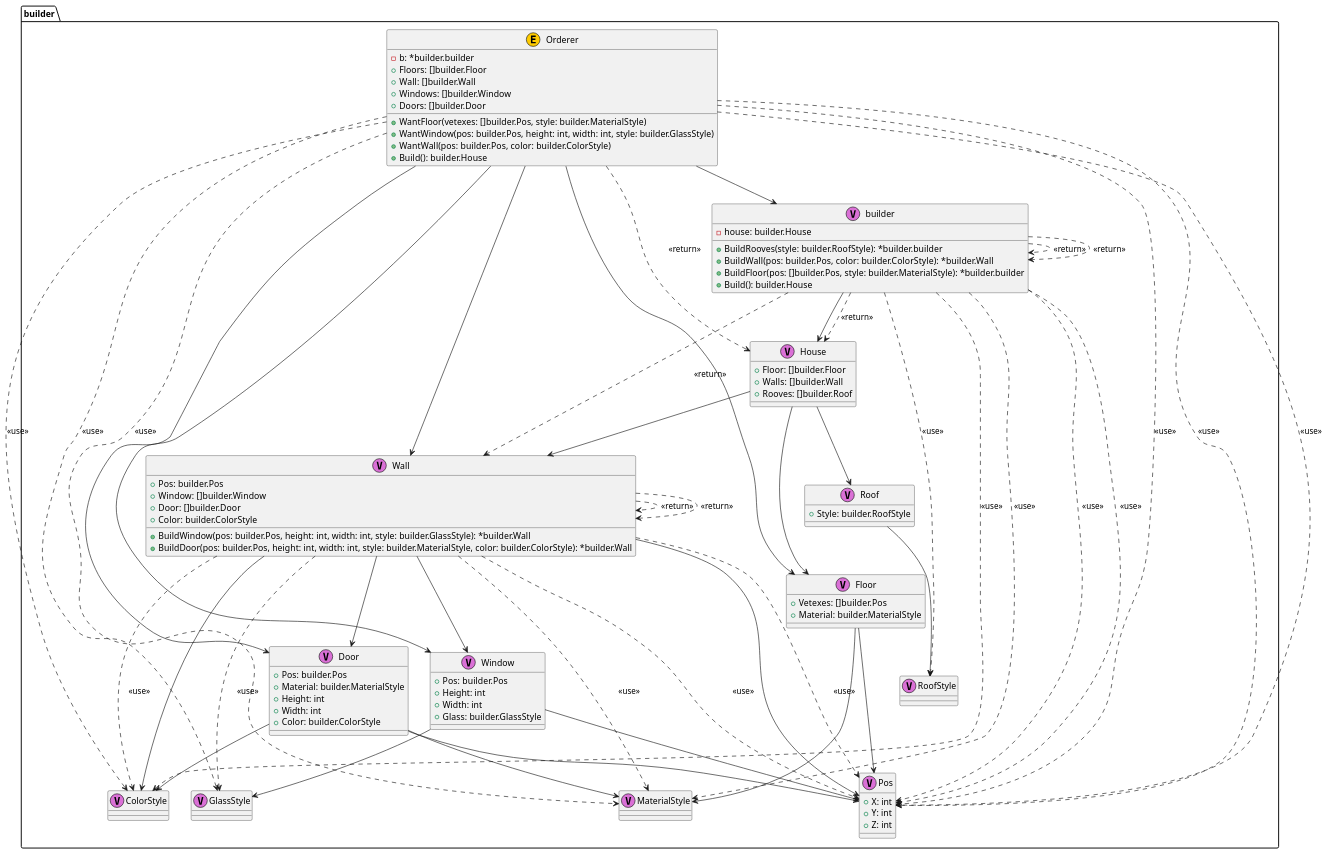
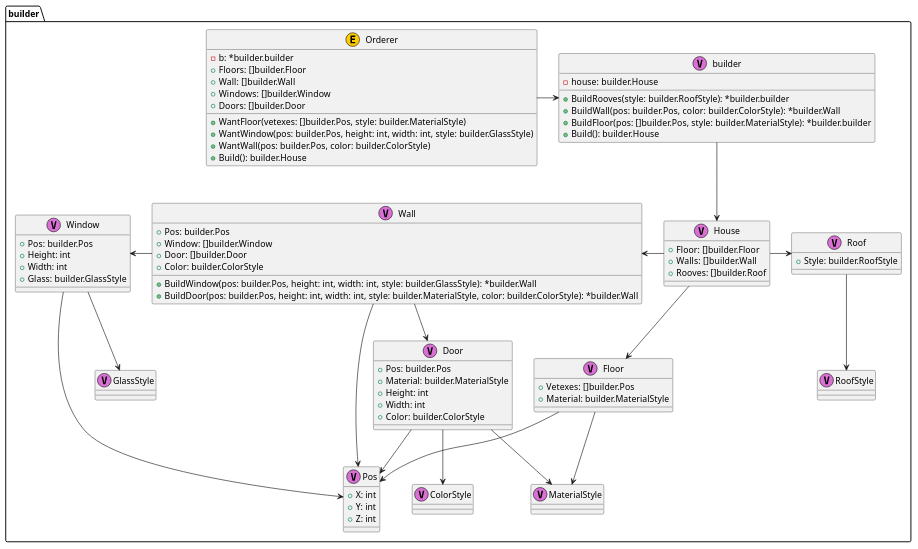
The diagram in creational/3_builder/file.puml (hitzhangjie/go-patterns), drawn with PlantUML before and after one commit. The commit also changed 3 other files, not shown here.

```diff
--- a/creational/3_builder/file.puml
+++ b/creational/3_builder/file.puml
@@ -1,174 +1,157 @@
 @startuml
 
 package "builder" {
 	class "ColorStyle" as builder.ColorStyle <<V,Orchid>>
 }
 
 
 
 package "builder" {
 	class "Door" as builder.Door <<V,Orchid>> {
 		+Pos: builder.Pos
 		+Material: builder.MaterialStyle
 		+Height: int
 		+Width: int
 		+Color: builder.ColorStyle
 	}
 }
 
 	builder.Door --> builder.Pos
 	builder.Door --> builder.MaterialStyle
 	builder.Door --> builder.ColorStyle
 
 
 package "builder" {
 	class "Floor" as builder.Floor <<V,Orchid>> {
 		+Vetexes: []builder.Pos
 		+Material: builder.MaterialStyle
 	}
 }
 
 	builder.Floor --> builder.Pos
 	builder.Floor --> builder.MaterialStyle
 
 
 package "builder" {
 	class "GlassStyle" as builder.GlassStyle <<V,Orchid>>
 }
 
 
 
 package "builder" {
 	class "House" as builder.House <<V,Orchid>> {
 		+Floor: []builder.Floor
 		+Walls: []builder.Wall
 		+Rooves: []builder.Roof
 	}
 }
 
-	builder.House --> builder.Floor
-	builder.House --> builder.Wall
-	builder.House --> builder.Roof
+	builder.House -down-> builder.Floor
+	builder.House -left-> builder.Wall
+	builder.House -right-> builder.Roof
 
 
 package "builder" {
 	class "MaterialStyle" as builder.MaterialStyle <<V,Orchid>>
 }
 
 
 
 package "builder" {
 	class "Orderer" as builder.Orderer <<E,#FFCC00>> {
 		-b: *builder.builder
 		+Floors: []builder.Floor
 		+Wall: []builder.Wall
 		+Windows: []builder.Window
 		+Doors: []builder.Door
 		+WantFloor(vetexes: []builder.Pos, style: builder.MaterialStyle)
 		+WantWindow(pos: builder.Pos, height: int, width: int, style: builder.GlassStyle)
 		+WantWall(pos: builder.Pos, color: builder.ColorStyle)
 		+Build(): builder.House
 	}
 }
 
-	builder.Orderer --> builder.builder
-	builder.Orderer --> builder.Floor
-	builder.Orderer --> builder.Wall
-	builder.Orderer --> builder.Window
-	builder.Orderer --> builder.Door
+	builder.Orderer -right-> builder.builder
+	' builder.Orderer --> builder.Floor
+	' builder.Orderer --> builder.Wall
+	' builder.Orderer --> builder.Window
+	' builder.Orderer --> builder.Door
 
-	builder.Orderer ..> builder.Pos : <<use>> 
-	builder.Orderer ..> builder.MaterialStyle : <<use>> 
-	builder.Orderer ..> builder.Pos : <<use>> 
-	builder.Orderer ..> builder.GlassStyle : <<use>> 
-	builder.Orderer ..> builder.Pos : <<use>> 
-	builder.Orderer ..> builder.ColorStyle : <<use>> 
-	builder.Orderer ..> builder.House : <<return>> 
+	' builder.Orderer ..> builder.Pos : <<use>> 
+	' builder.Orderer ..> builder.MaterialStyle : <<use>> 
+	' builder.Orderer ..> builder.GlassStyle : <<use>> 
+	' builder.Orderer ..> builder.ColorStyle : <<use>> 
 
 package "builder" {
 	class "Pos" as builder.Pos <<V,Orchid>> {
 		+X: int
 		+Y: int
 		+Z: int
 	}
 }
 
 
 
 package "builder" {
 	class "Roof" as builder.Roof <<V,Orchid>> {
 		+Style: builder.RoofStyle
 	}
 }
 
-	builder.Roof --> builder.RoofStyle
+	builder.Roof -down-> builder.RoofStyle
 
 
 package "builder" {
 	class "RoofStyle" as builder.RoofStyle <<V,Orchid>>
 }
 
 
 
 package "builder" {
 	class "Wall" as builder.Wall <<V,Orchid>> {
 		+Pos: builder.Pos
 		+Window: []builder.Window
 		+Door: []builder.Door
 		+Color: builder.ColorStyle
 		+BuildWindow(pos: builder.Pos, height: int, width: int, style: builder.GlassStyle): *builder.Wall
 		+BuildDoor(pos: builder.Pos, height: int, width: int, style: builder.MaterialStyle, color: builder.ColorStyle): *builder.Wall
 	}
 }
 
 	builder.Wall --> builder.Pos
-	builder.Wall --> builder.Window
-	builder.Wall --> builder.Door
-	builder.Wall --> builder.ColorStyle
-
-	builder.Wall ..> builder.Pos : <<use>> 
-	builder.Wall ..> builder.GlassStyle : <<use>> 
-	builder.Wall ..> builder.Wall : <<return>> 
-	builder.Wall ..> builder.Pos : <<use>> 
-	builder.Wall ..> builder.MaterialStyle : <<use>> 
-	builder.Wall ..> builder.ColorStyle : <<use>> 
-	builder.Wall ..> builder.Wall : <<return>> 
+	builder.Wall -left-> builder.Window
+	builder.Wall -right-> builder.Door
+	' builder.Wall ..> builder.GlassStyle : <<use>> 
+	' builder.Wall ..> builder.MaterialStyle : <<use>> 
+	' builder.Wall ..> builder.ColorStyle : <<use>> 
 
 package "builder" {
 	class "Window" as builder.Window <<V,Orchid>> {
 		+Pos: builder.Pos
 		+Height: int
 		+Width: int
 		+Glass: builder.GlassStyle
 	}
 }
 
 	builder.Window --> builder.Pos
 	builder.Window --> builder.GlassStyle
 
 
 package "builder" {
 	class "builder" as builder.builder <<V,Orchid>> {
 		-house: builder.House
 		+BuildRooves(style: builder.RoofStyle): *builder.builder
 		+BuildWall(pos: builder.Pos, color: builder.ColorStyle): *builder.Wall
 		+BuildFloor(pos: []builder.Pos, style: builder.MaterialStyle): *builder.builder
 		+Build(): builder.House
 	}
 }
 
 	builder.builder --> builder.House
-
-	builder.builder ..> builder.RoofStyle : <<use>> 
-	builder.builder ..> builder.builder : <<return>> 
-	builder.builder ..> builder.Pos : <<use>> 
-	builder.builder ..> builder.ColorStyle : <<use>> 
-	builder.builder ..> builder.Wall : <<return>> 
-	builder.builder ..> builder.Pos : <<use>> 
-	builder.builder ..> builder.MaterialStyle : <<use>> 
-	builder.builder ..> builder.builder : <<return>> 
-	builder.builder ..> builder.House : <<return>> 
-
-
+	' builder.builder ..> builder.Pos : <<use>> 
+	' builder.builder ..> builder.RoofStyle : <<use>> 
+	' builder.builder ..> builder.ColorStyle : <<use>> 
+	' builder.builder ..> builder.MaterialStyle : <<use>> 
 
 @enduml
```
